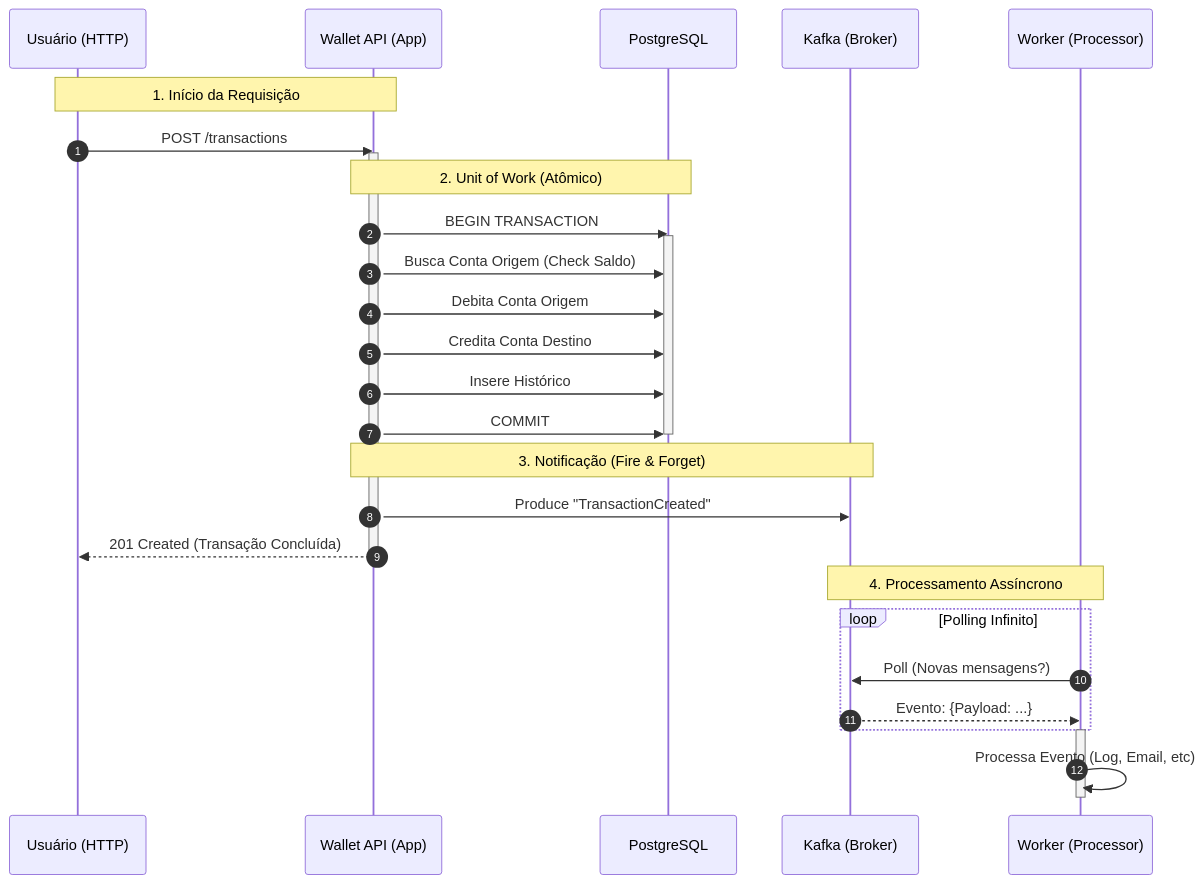
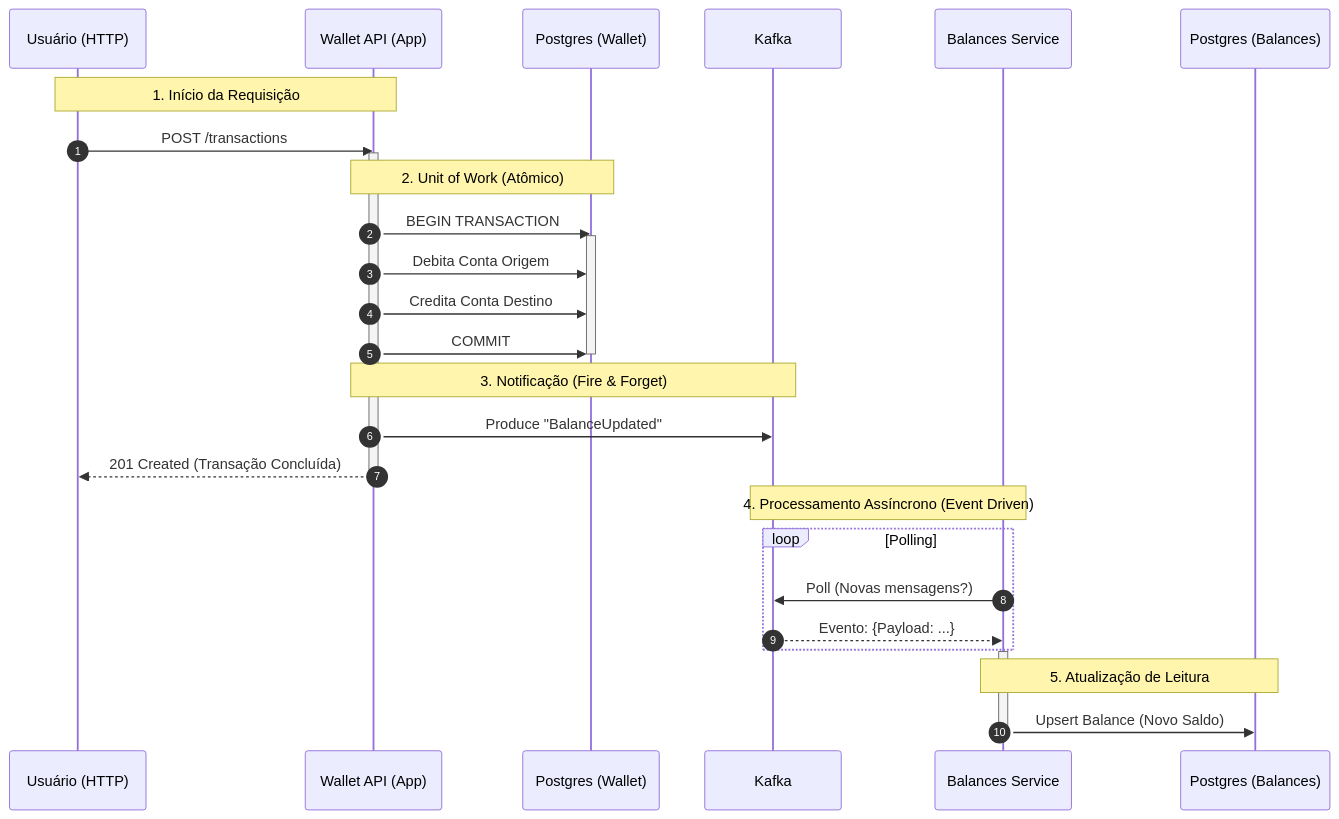
Before and after one commit to patrickcmserrano/eda: the first of 2 diagrams in README.md, drawn with Mermaid. The commit also changed other lines of this file and 12 other files, not shown here.

First line of the commit message:
feat: implement Balances microservice with event-driven integrity

````diff
--- a/README.md
+++ b/README.md
@@ -175,41 +216,40 @@
 ```mermaid
 sequenceDiagram
     autonumber
     participant U as Usuário (HTTP)
     participant API as Wallet API (App)
-    participant DB as PostgreSQL
-    participant K as Kafka (Broker)
-    participant W as Worker (Processor)
+    participant DB as Postgres (Wallet)
+    participant K as Kafka
+    participant B as Balances Service
+    participant DB2 as Postgres (Balances)
 
     Note over U, API: 1. Início da Requisição
     U->>API: POST /transactions
     
     activate API
     
     Note over API, DB: 2. Unit of Work (Atômico)
     API->>DB: BEGIN TRANSACTION
     activate DB
-    API->>DB: Busca Conta Origem (Check Saldo)
     API->>DB: Debita Conta Origem
     API->>DB: Credita Conta Destino
-    API->>DB: Insere Histórico
     API->>DB: COMMIT
     deactivate DB
     
     Note over API, K: 3. Notificação (Fire & Forget)
-    API->>K: Produce "TransactionCreated"
+    API->>K: Produce "BalanceUpdated"
     
     API-->>U: 201 Created (Transação Concluída)
     deactivate API
     
-    Note over K, W: 4. Processamento Assíncrono
-    loop Polling Infinito
-        W->>K: Poll (Novas mensagens?)
-        K-->>W: Evento: {Payload: ...}
+    Note over K, B: 4. Processamento Assíncrono (Event Driven)
+    loop Polling
+        B->>K: Poll (Novas mensagens?)
+        K-->>B: Evento: {Payload: ...}
     end
     
-    activate W
-    W->>W: Processa Evento (Log, Email, etc)
-    deactivate W
-
+    activate B
+    Note over B, DB2: 5. Atualização de Leitura
+    B->>DB2: Upsert Balance (Novo Saldo)
+    deactivate B
 ```
````
